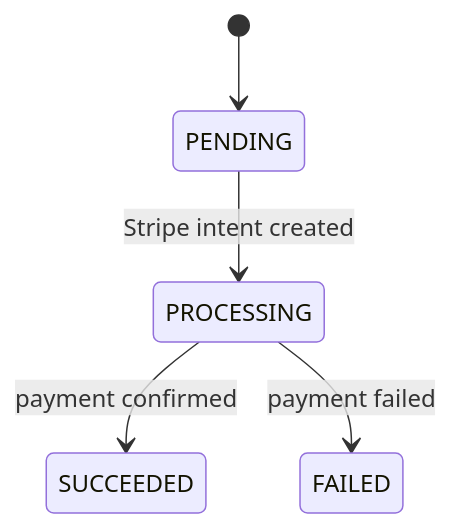
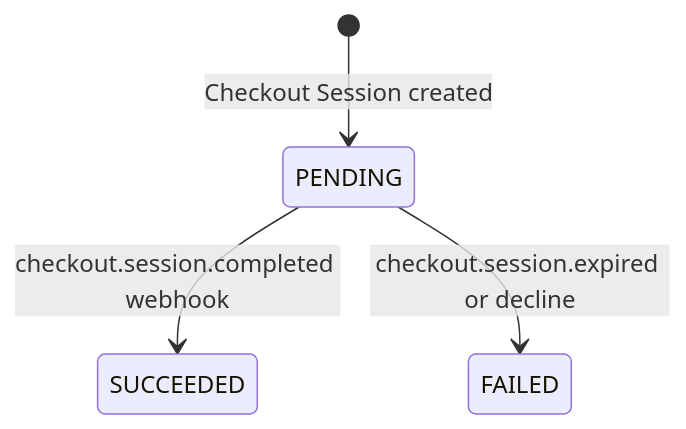
One commit to staniborII/corgi_policy_administration_t1 changed the seventh of 8 diagrams in docs/STATE_MACHINES.md. Above: the diagram before and after it, drawn with Mermaid. The commit also changed other lines of this file and 33 other files, not shown here.

````diff
--- a/docs/STATE_MACHINES.md
+++ b/docs/STATE_MACHINES.md
@@ -86,7 +86,6 @@
 ```mermaid
 stateDiagram-v2
-    [*] --> PENDING
-    PENDING --> PROCESSING : Stripe intent created
-    PROCESSING --> SUCCEEDED : payment confirmed
-    PROCESSING --> FAILED : payment failed
+    [*] --> PENDING : Checkout Session created
+    PENDING --> SUCCEEDED : checkout.session.completed webhook
+    PENDING --> FAILED : checkout.session.expired or decline
 ```
````
